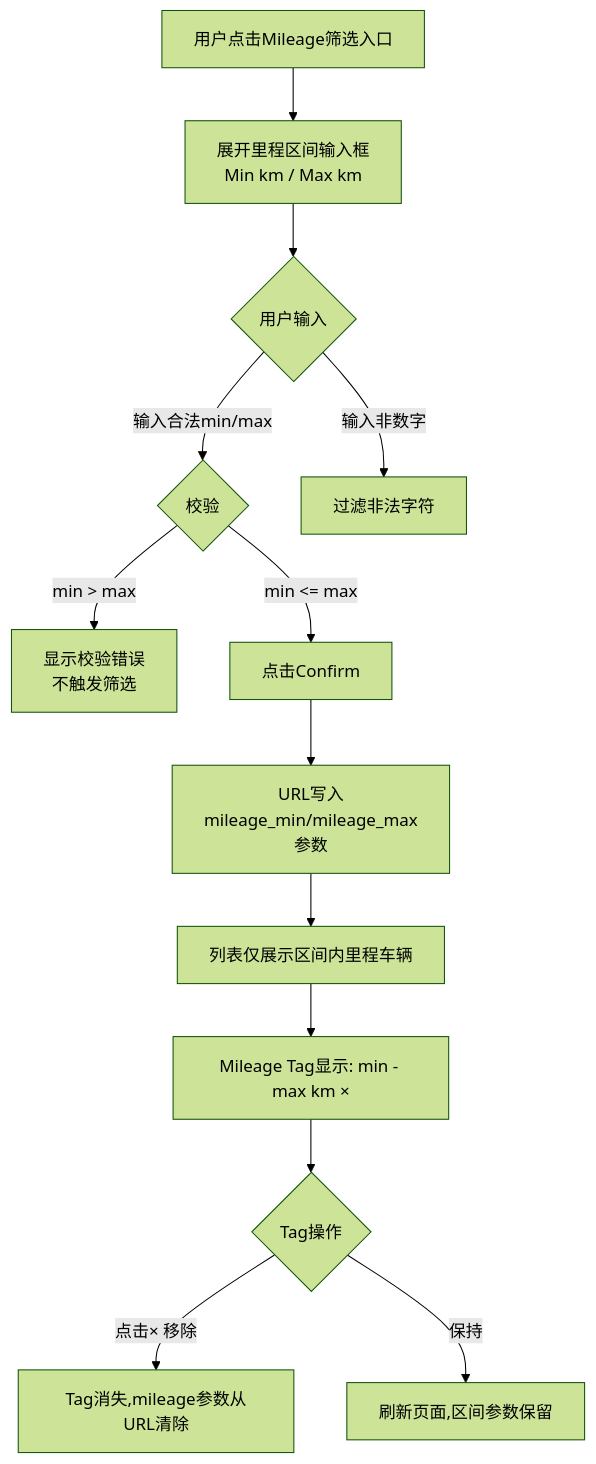
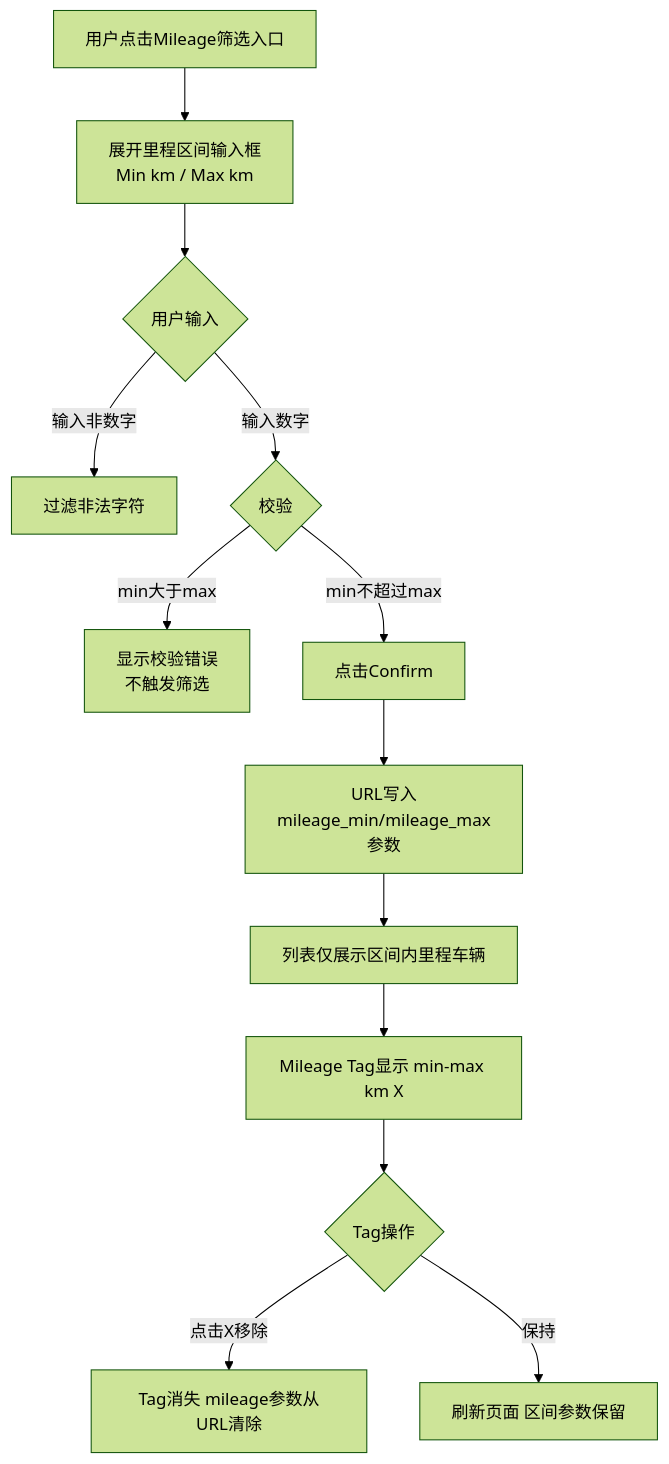
One commit to jiadan-user/jiacangku changed the sixth of 8 diagrams in bundled/knowledge_base/业务知识图谱/车辆业务域/车辆浏览业务流程.md. Above: the diagram before and after it, drawn with Mermaid (forest theme). The commit also changed other lines of this file, not shown here.

Commit message:
车列表知识库图谱更新3.0

````diff
--- a/bundled/knowledge_base/业务知识图谱/车辆业务域/车辆浏览业务流程.md
+++ b/bundled/knowledge_base/业务知识图谱/车辆业务域/车辆浏览业务流程.md
@@ -253,15 +328,15 @@
 ```mermaid
 graph TD
     A[用户点击Mileage筛选入口] --> B[展开里程区间输入框\nMin km / Max km]
     B --> C{用户输入}
-    C -->|输入合法min/max| D{校验}
     C -->|输入非数字| E[过滤非法字符]
-    D -->|min > max| F[显示校验错误\n不触发筛选]
-    D -->|min <= max| G[点击Confirm]
+    C -->|输入数字| D{校验}
+    D -->|min大于max| F[显示校验错误\n不触发筛选]
+    D -->|min不超过max| G[点击Confirm]
     G --> H[URL写入mileage_min/mileage_max参数]
     H --> I[列表仅展示区间内里程车辆]
-    I --> J[Mileage Tag显示: min - max km ×]
+    I --> J[Mileage Tag显示 min-max km X]
     J --> K{Tag操作}
-    K -->|点击× 移除| L[Tag消失,mileage参数从URL清除]
-    K -->|保持| M[刷新页面,区间参数保留]
+    K -->|点击X移除| L[Tag消失 mileage参数从URL清除]
+    K -->|保持| M[刷新页面 区间参数保留]
 ```
````
